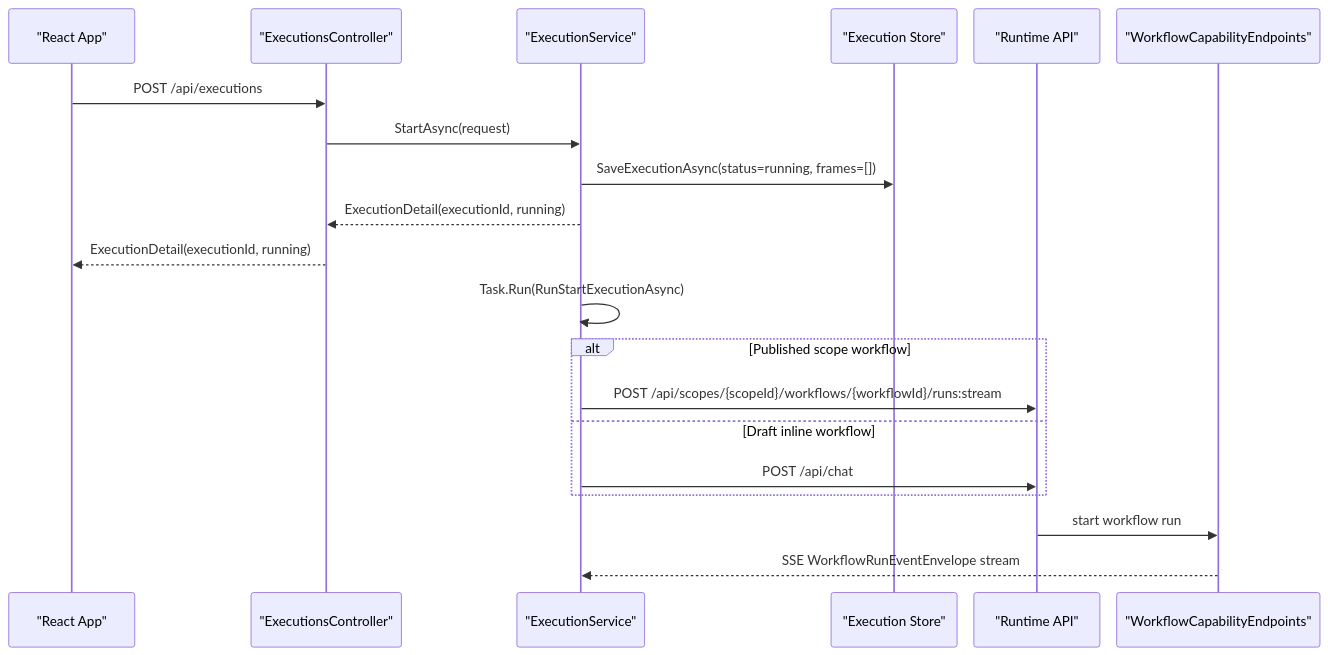
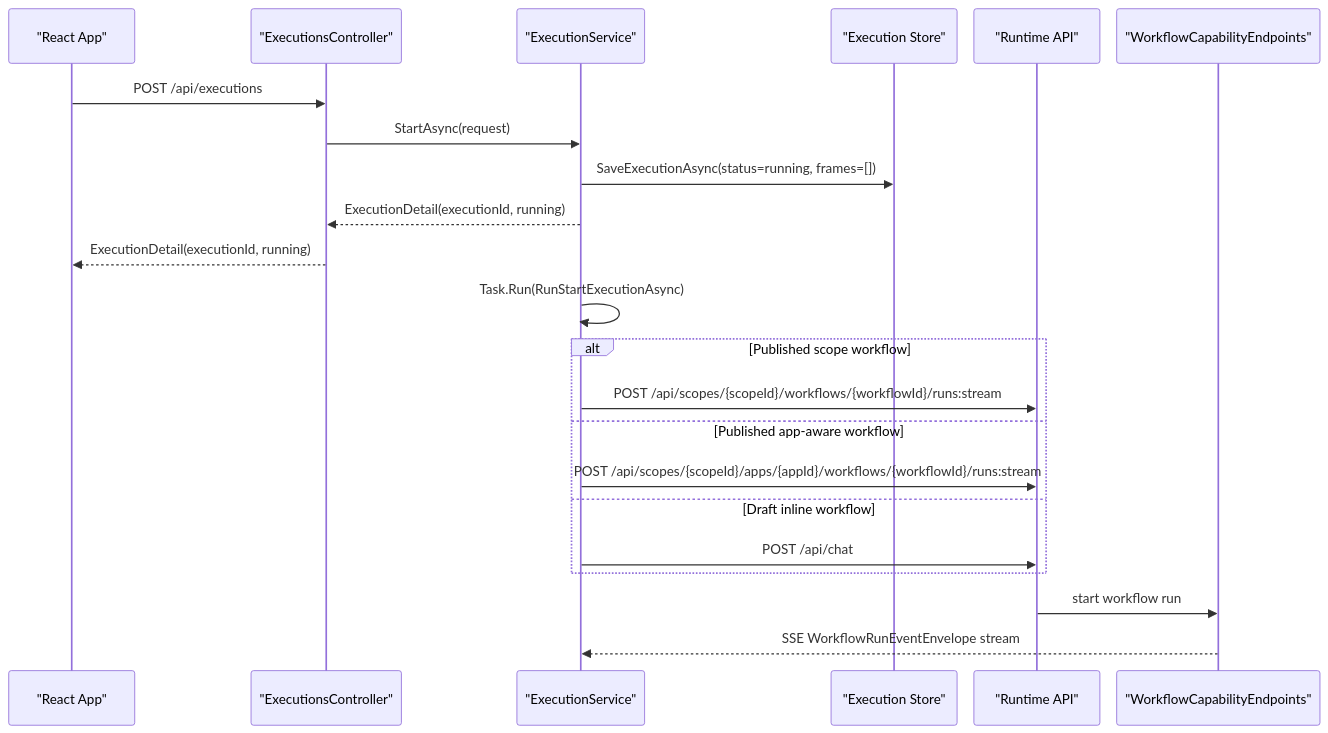
One commit to aevatarAI/aevatar changed the eighth of 10 diagrams in docs/AEVATAR_APP_IMPLEMENTATION_CN.md. Above: the diagram before and after it, drawn with Mermaid. The commit also changed other lines of this file and 78 other files, not shown here.

First line of the commit message:
feat(app-platform): introduce app-level function execution and workflow integration

````diff
--- a/docs/AEVATAR_APP_IMPLEMENTATION_CN.md
+++ b/docs/AEVATAR_APP_IMPLEMENTATION_CN.md
@@ -962,26 +965,28 @@
 ```mermaid
 %%{init: {"maxTextSize": 100000, "sequence": {"actorMargin": 20, "messageMargin": 16, "diagramMarginX": 8, "diagramMarginY": 8}, "themeVariables": {"fontSize": "10px"}}}%%
 sequenceDiagram
     participant FE as "React App"
     participant EC as "ExecutionsController"
     participant ES as "ExecutionService"
     participant STORE as "Execution Store"
     participant RT as "Runtime API"
     participant WF as "WorkflowCapabilityEndpoints"
 
     FE->>EC: POST /api/executions
     EC->>ES: StartAsync(request)
     ES->>STORE: SaveExecutionAsync(status=running, frames=[])
     ES-->>EC: ExecutionDetail(executionId, running)
     EC-->>FE: ExecutionDetail(executionId, running)
     ES->>ES: Task.Run(RunStartExecutionAsync)
 
     alt Published scope workflow
         ES->>RT: POST /api/scopes/{scopeId}/workflows/{workflowId}/runs:stream
+    else Published app-aware workflow
+        ES->>RT: POST /api/scopes/{scopeId}/apps/{appId}/workflows/{workflowId}/runs:stream
     else Draft inline workflow
         ES->>RT: POST /api/chat
     end
 
     RT->>WF: start workflow run
     WF-->>ES: SSE WorkflowRunEventEnvelope stream
 ```
````
